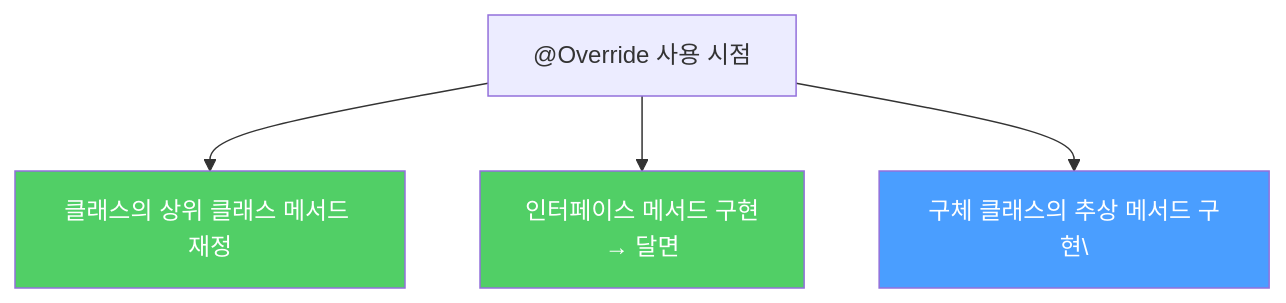
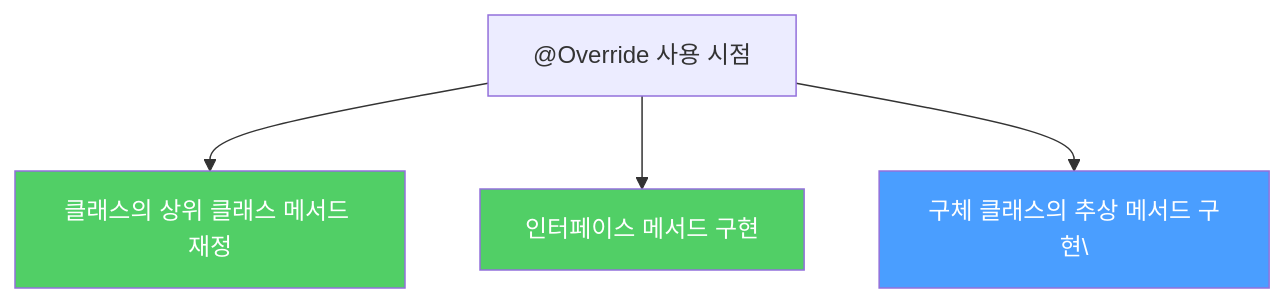
Before and after one commit to yjkim2015/yjkim2015.github.io: the second of 2 diagrams in _posts/java/2022-01-17-effective-java40.md, drawn with Mermaid. The commit also changed 217 other files, not shown here.

First line of the commit message:
Mermaid 크기 수정: useMaxWidth:true + SVG max-width:100% + 라벨 축소

````diff
--- a/_posts/java/2022-01-17-effective-java40.md
+++ b/_posts/java/2022-01-17-effective-java40.md
@@ -101,9 +101,9 @@
 ```mermaid
 graph TD
     A["@Override 사용 시점"] --> B["클래스의 상위 클래스 메서드 재정"]
-    A --> C["인터페이스 메서드 구현\n→ 달면"]
+    A --> C["인터페이스 메서드 구현"]
     A --> D["구체 클래스의 추상 메서드 구현\"]
     style B fill:#51cf66,color:#fff
     style C fill:#51cf66,color:#fff
     style D fill:#4a9eff,color:#fff
 ```
````
